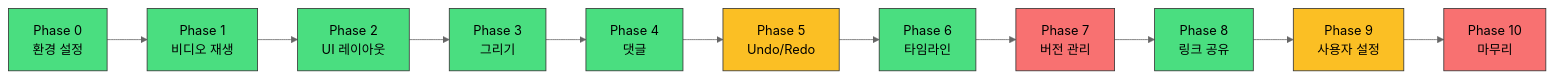
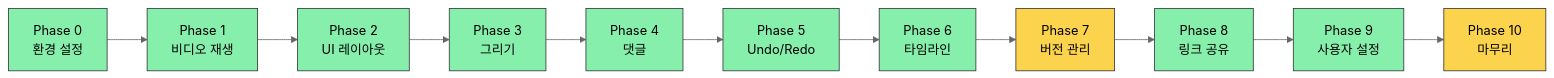
The third of 4 diagrams in TODO.md (baehandoridori/BAEFRAME), drawn with Mermaid (neutral theme) before and after one commit. The commit also changed other lines of this file, not shown here.

````diff
--- a/TODO.md
+++ b/TODO.md
@@ -227,25 +230,25 @@
 ```mermaid
 graph LR
     P0[Phase 0<br/>환경 설정] --> P1[Phase 1<br/>비디오 재생]
     P1 --> P2[Phase 2<br/>UI 레이아웃]
     P2 --> P3[Phase 3<br/>그리기]
     P3 --> P4[Phase 4<br/>댓글]
     P4 --> P5[Phase 5<br/>Undo/Redo]
     P5 --> P6[Phase 6<br/>타임라인]
     P6 --> P7[Phase 7<br/>버전 관리]
     P7 --> P8[Phase 8<br/>링크 공유]
     P8 --> P9[Phase 9<br/>사용자 설정]
     P9 --> P10[Phase 10<br/>마무리]
 
-    style P0 fill:#4ade80,stroke:#333,color:#000
-    style P1 fill:#4ade80,stroke:#333,color:#000
-    style P2 fill:#4ade80,stroke:#333,color:#000
-    style P3 fill:#4ade80,stroke:#333,color:#000
-    style P4 fill:#4ade80,stroke:#333,color:#000
-    style P5 fill:#fbbf24,stroke:#333,color:#000
-    style P6 fill:#4ade80,stroke:#333,color:#000
-    style P7 fill:#f87171,stroke:#333,color:#000
-    style P8 fill:#4ade80,stroke:#333,color:#000
-    style P9 fill:#fbbf24,stroke:#333,color:#000
-    style P10 fill:#f87171,stroke:#333,color:#000
+    style P0 fill:#86efac,stroke:#333,color:#000
+    style P1 fill:#86efac,stroke:#333,color:#000
+    style P2 fill:#86efac,stroke:#333,color:#000
+    style P3 fill:#86efac,stroke:#333,color:#000
+    style P4 fill:#86efac,stroke:#333,color:#000
+    style P5 fill:#86efac,stroke:#333,color:#000
+    style P6 fill:#86efac,stroke:#333,color:#000
+    style P7 fill:#fcd34d,stroke:#333,color:#000
+    style P8 fill:#86efac,stroke:#333,color:#000
+    style P9 fill:#86efac,stroke:#333,color:#000
+    style P10 fill:#fcd34d,stroke:#333,color:#000
 ```
````
